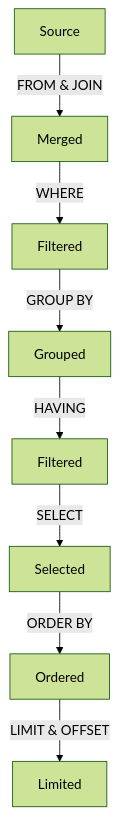
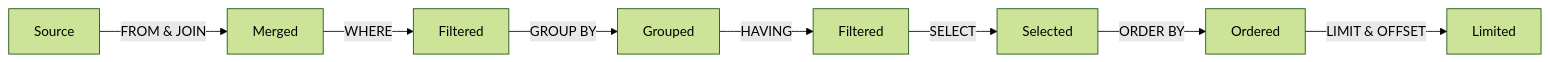
The diagram in docs/sysadmin-guides/sql/understanding-execution-order.md (RootwireLtd/OpenDocs), drawn with Mermaid (forest theme) before and after one commit. The commit also changed other lines of this file, not shown here.

````diff
--- a/docs/sysadmin-guides/sql/understanding-execution-order.md
+++ b/docs/sysadmin-guides/sql/understanding-execution-order.md
@@ -5,22 +7,22 @@
 ```mermaid
 
-graph TD
+graph LR
 
 Source
 Merged
 Filtered1[Filtered]
 Grouped
 Filtered2[Filtered]
 Selected
 Ordered
 Limited
 
 Source --FROM & JOIN--> Merged
 Merged --WHERE--> Filtered1
 Filtered1 --GROUP BY--> Grouped
 Grouped --HAVING--> Filtered2
 Filtered2 --SELECT--> Selected
 Selected --ORDER BY--> Ordered
 Ordered --LIMIT & OFFSET--> Limited
 
 ```
````
